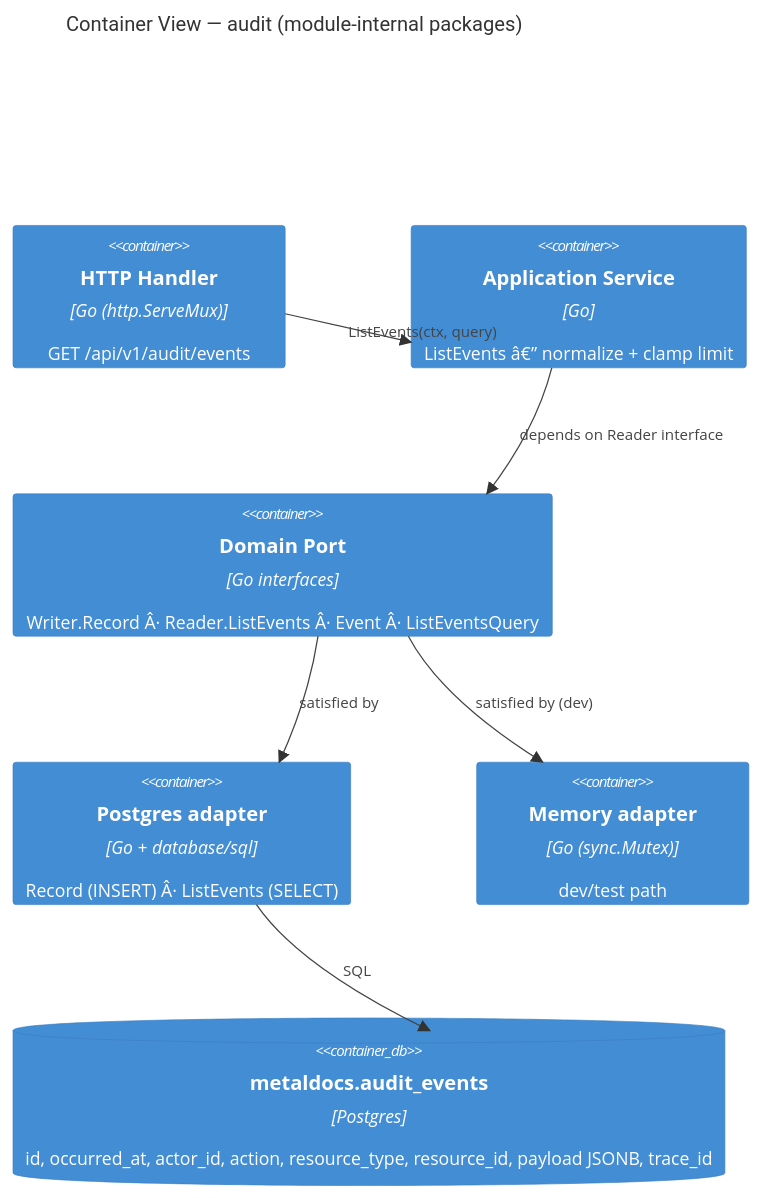
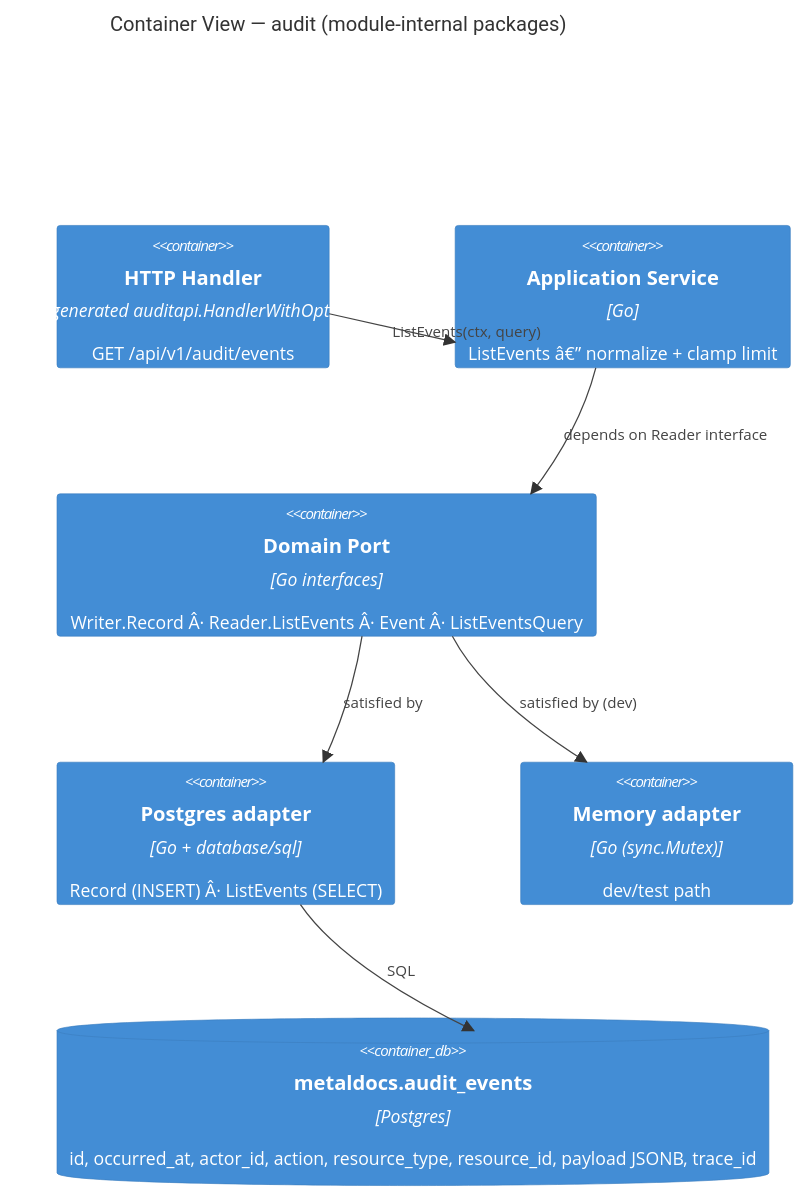
Before and after one commit to developmentconexus-ops/MetalDocs: the second of 5 diagrams in wiki/modules/audit.md, drawn with Mermaid. The commit also changed other lines of this file and 12 other files, not shown here.

````diff
--- a/wiki/modules/audit.md
+++ b/wiki/modules/audit.md
@@ -121,15 +121,15 @@
 ```mermaid
 C4Container
     title Container View — audit (module-internal packages)
-    Container(http, "HTTP Handler", "Go (http.ServeMux)", "GET /api/v1/audit/events")
+    Container(http, "HTTP Handler", "Go (generated auditapi.HandlerWithOptions)", "GET /api/v1/audit/events")
     Container(svc, "Application Service", "Go", "ListEvents â€” normalize + clamp limit")
     Container(port, "Domain Port", "Go interfaces", "Writer.Record Â· Reader.ListEvents Â· Event Â· ListEventsQuery")
     Container(pgw, "Postgres adapter", "Go + database/sql", "Record (INSERT) Â· ListEvents (SELECT)")
     Container(memw, "Memory adapter", "Go (sync.Mutex)", "dev/test path")
     ContainerDb(db, "metaldocs.audit_events", "Postgres", "id, occurred_at, actor_id, action, resource_type, resource_id, payload JSONB, trace_id")
     Rel(http, svc, "ListEvents(ctx, query)")
     Rel(svc, port, "depends on Reader interface")
     Rel(port, pgw, "satisfied by")
     Rel(port, memw, "satisfied by (dev)")
     Rel(pgw, db, "SQL")
 ```
````
